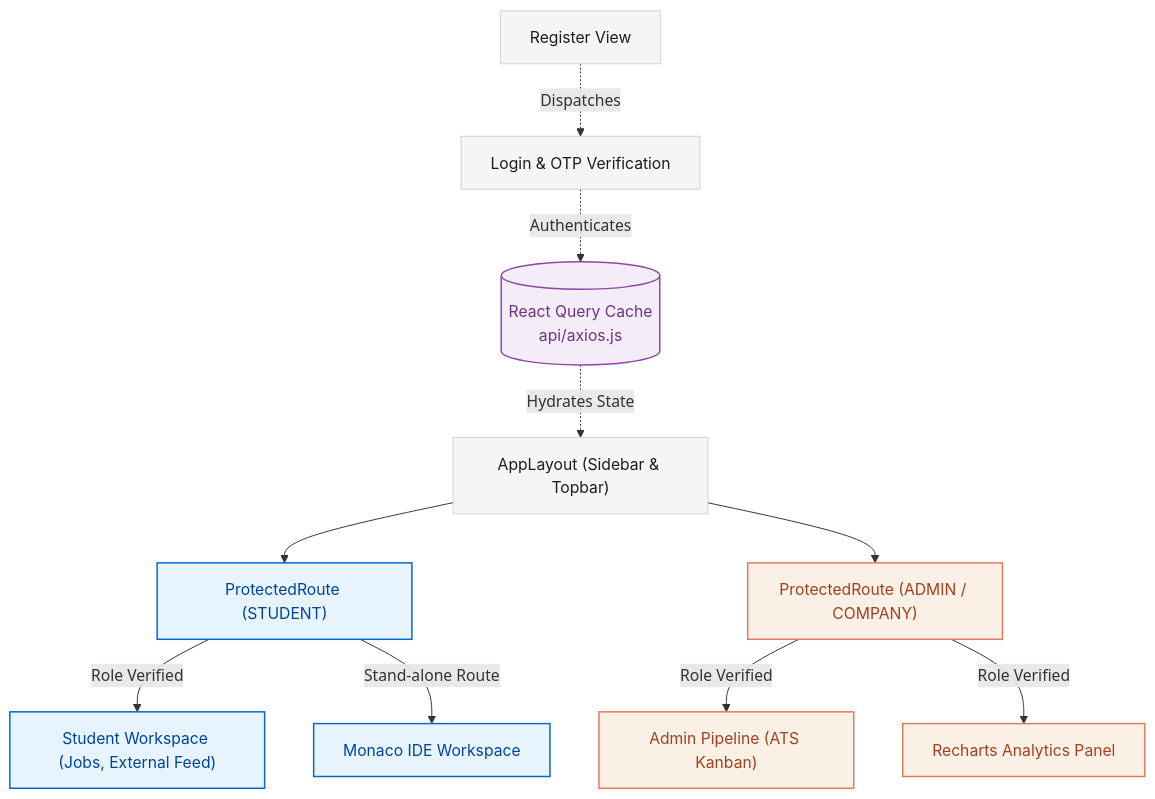
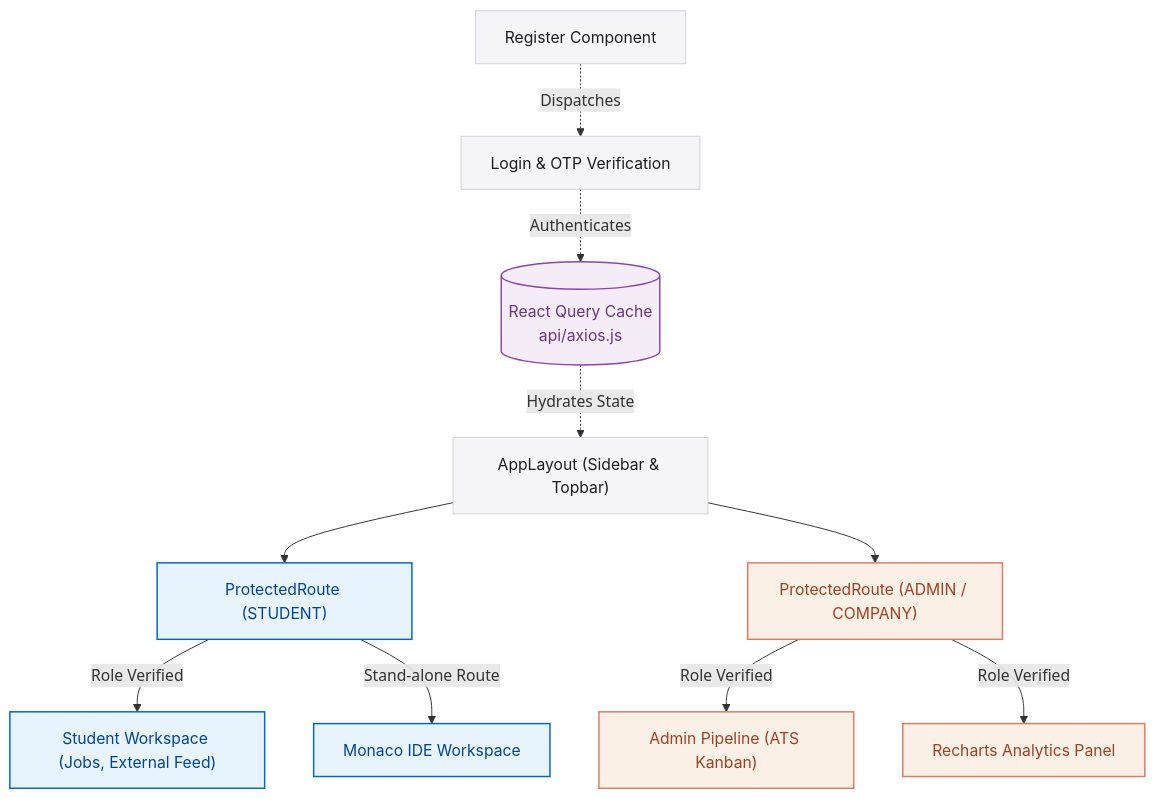
Before and after one commit to Abhijith-Sura/smart_placement_tracker: the diagram in client/README.md, drawn with Mermaid. The commit also changed other lines of this file and 2 other files, not shown here.

````diff
--- a/client/README.md
+++ b/client/README.md
@@ -99,32 +44,32 @@
 ```mermaid
 graph TD
     classDef default fill:#f5f5f7,stroke:#d2d2d7,stroke-width:1px,color:#1d1d1f,font-family:Inter;
     classDef secure fill:#e8f4fd,stroke:#0066cc,stroke-width:1.5px,color:#004499,font-family:Inter;
     classDef admin fill:#fbf0e6,stroke:#e07a5f,stroke-width:1.5px,color:#a04020,font-family:Inter;
     classDef state fill:#f4ecf7,stroke:#8e44ad,stroke-width:1.5px,color:#6c3483,font-family:Inter;
 
     Root["AppLayout (Sidebar & Topbar)"]:::default
     Login["Login & OTP Verification"]:::default
-    Register["Register View"]:::default
+    Register["Register Component"]:::default
     QueryClient[("React Query Cache <br> api/axios.js")]:::state
 
     StudentSec["ProtectedRoute (STUDENT)"]:::secure
     AdminSec["ProtectedRoute (ADMIN / COMPANY)"]:::admin
 
     StudentDash["Student Workspace (Jobs, External Feed)"]:::secure
     Assessment["Monaco IDE Workspace"]:::secure
     AdminDash["Admin Pipeline (ATS Kanban)"]:::admin
     Analytics["Recharts Analytics Panel"]:::admin
 
     Login -.->|Authenticates| QueryClient
     Register -.->|Dispatches| Login
     QueryClient -.->|Hydrates State| Root
 
     Root --> StudentSec
     Root --> AdminSec
 
     StudentSec -->|Role Verified| StudentDash
     StudentSec -->|Stand-alone Route| Assessment
     AdminSec -->|Role Verified| AdminDash
     AdminSec -->|Role Verified| Analytics
 ```
````
